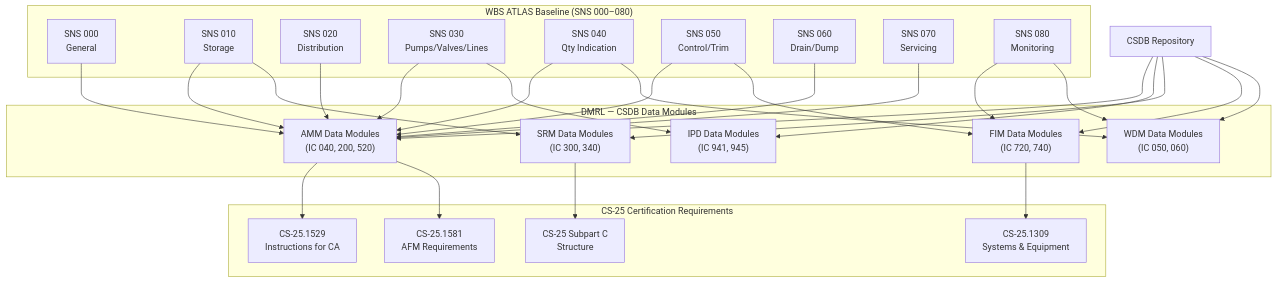
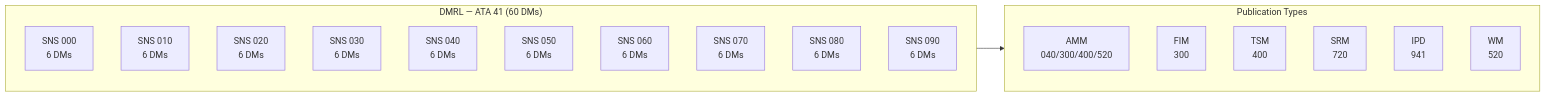
One commit to AmedeoPelliccia/Qplus-For-All-Queer-People-and-Quantum changed the second of 3 diagrams in Q+ATLANTIDE/000-099_ATLAS/040-049_Avionica-Informacion-y-APU/041_Water-Ballast/041-090-S1000D-CSDB-Mapping-and-Traceability.md. Above: the diagram before and after it, drawn with Mermaid. The commit also changed other lines of this file and 9 other files, not shown here.

````diff
--- a/Q+ATLANTIDE/000-099_ATLAS/040-049_Avionica-Informacion-y-APU/041_Water-Ballast/041-090-S1000D-CSDB-Mapping-and-Traceability.md
+++ b/Q+ATLANTIDE/000-099_ATLAS/040-049_Avionica-Informacion-y-APU/041_Water-Ballast/041-090-S1000D-CSDB-Mapping-and-Traceability.md
@@ -70,53 +158,40 @@
 ```mermaid
-flowchart TD
-    subgraph ATLAS_BASELINE["WBS ATLAS Baseline (SNS 000–080)"]
-        SNS000["SNS 000\nGeneral"]
-        SNS010["SNS 010\nStorage"]
-        SNS020["SNS 020\nDistribution"]
-        SNS030["SNS 030\nPumps/Valves/Lines"]
-        SNS040["SNS 040\nQty Indication"]
-        SNS050["SNS 050\nControl/Trim"]
-        SNS060["SNS 060\nDrain/Dump"]
-        SNS070["SNS 070\nServicing"]
-        SNS080["SNS 080\nMonitoring"]
+graph LR
+    subgraph DMRL_BLOCK["DMRL — ATA 41 (60 DMs)"]
+        SNS000["SNS 000
+6 DMs"]
+        SNS010["SNS 010
+6 DMs"]
+        SNS020["SNS 020
+6 DMs"]
+        SNS030["SNS 030
+6 DMs"]
+        SNS040["SNS 040
+6 DMs"]
+        SNS050["SNS 050
+6 DMs"]
+        SNS060["SNS 060
+6 DMs"]
+        SNS070["SNS 070
+6 DMs"]
+        SNS080["SNS 080
+6 DMs"]
+        SNS090["SNS 090
+6 DMs"]
     end
-
-    subgraph DMRL["DMRL — CSDB Data Modules"]
-        AMM_DM["AMM Data Modules\n(IC 040, 200, 520)"]
-        IPD_DM["IPD Data Modules\n(IC 941, 945)"]
-        SRM_DM["SRM Data Modules\n(IC 300, 340)"]
-        FIM_DM["FIM Data Modules\n(IC 720, 740)"]
-        WDM_DM["WDM Data Modules\n(IC 050, 060)"]
+    subgraph PUB_TYPES["Publication Types"]
+        AMM_P["AMM
+040/300/400/520"]
+        FIM_P["FIM
+300"]
+        TSM_P["TSM
+400"]
+        SRM_P["SRM
+720"]
+        IPD_P["IPD
+941"]
+        WM_P["WM
+520"]
     end
-
-    subgraph CERT["CS-25 Certification Requirements"]
-        CS25_GEN["CS-25.1309\nSystems & Equipment"]
-        CS25_STR["CS-25 Subpart C\nStructure"]
-        CS25_ICA["CS-25.1529\nInstructions for CA"]
-        CS25_AFM["CS-25.1581\nAFM Requirements"]
-    end
-
-    SNS000 --> AMM_DM
-    SNS010 --> AMM_DM
-    SNS010 --> SRM_DM
-    SNS020 --> AMM_DM
-    SNS030 --> AMM_DM
-    SNS030 --> IPD_DM
-    SNS040 --> AMM_DM
-    SNS040 --> WDM_DM
-    SNS050 --> AMM_DM
-    SNS050 --> FIM_DM
-    SNS060 --> AMM_DM
-    SNS070 --> AMM_DM
-    SNS080 --> FIM_DM
-    SNS080 --> WDM_DM
-    AMM_DM --> CS25_ICA
-    SRM_DM --> CS25_STR
-    FIM_DM --> CS25_GEN
-    AMM_DM --> CS25_AFM
-    CSDB["CSDB Repository"] --> AMM_DM
-    CSDB --> IPD_DM
-    CSDB --> SRM_DM
-    CSDB --> FIM_DM
-    CSDB --> WDM_DM
+    DMRL_BLOCK --> PUB_TYPES
 ```
````
